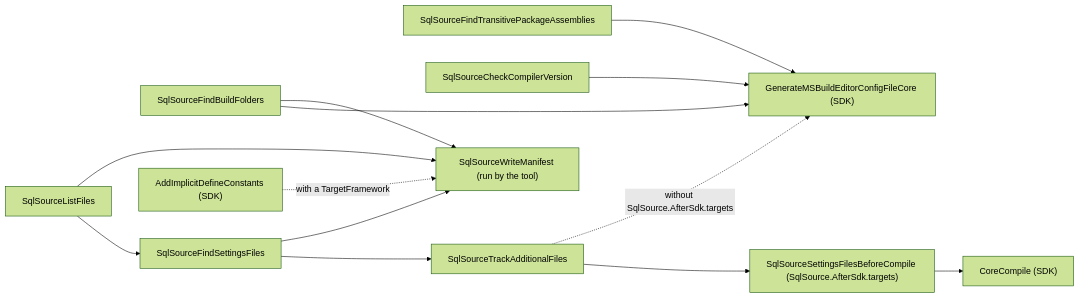
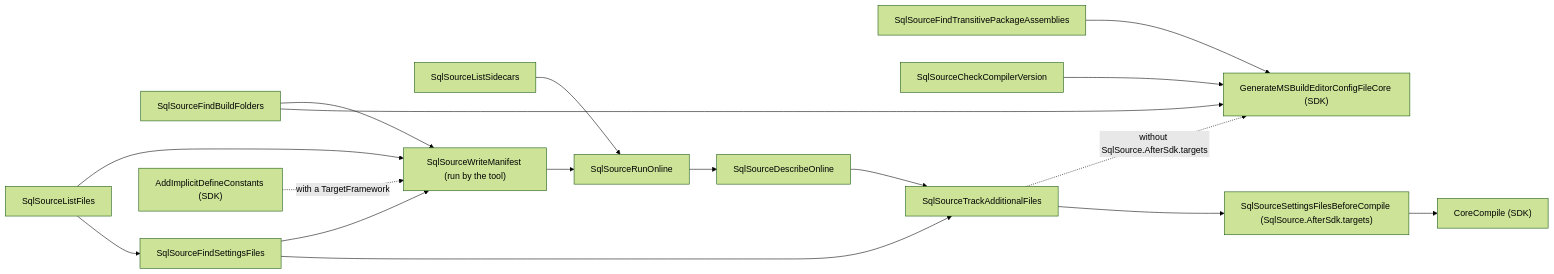
Before and after one commit to mbcrawfo/SqlSource: the diagram in docs/architecture/msbuild-and-manifest.md, drawn with Mermaid (forest theme). The commit also changed other lines of this file and 18 other files, not shown here.

````diff
--- a/docs/architecture/msbuild-and-manifest.md
+++ b/docs/architecture/msbuild-and-manifest.md
@@ -20,15 +20,19 @@
 ```mermaid
 flowchart LR
     folders["SqlSourceFindBuildFolders"] --> sdk["GenerateMSBuildEditorConfigFileCore (SDK)"]
     packages["SqlSourceFindTransitivePackageAssemblies"] --> sdk
     compiler["SqlSourceCheckCompilerVersion"] --> sdk
     list["SqlSourceListFiles"] --> find["SqlSourceFindSettingsFiles"]
     find --> track["SqlSourceTrackAdditionalFiles"]
+    describe["SqlSourceDescribeOnline"] --> track
+    run["SqlSourceRunOnline"] --> describe
+    sidecars["SqlSourceListSidecars"] --> run
+    manifest --> run
     track --> late["SqlSourceSettingsFilesBeforeCompile (SqlSource.AfterSdk.targets)"]
     late --> compile["CoreCompile (SDK)"]
     track -.->|"without SqlSource.AfterSdk.targets"| sdk
     list --> manifest["SqlSourceWriteManifest (run by the tool)"]
     find --> manifest
     folders --> manifest
     defines["AddImplicitDefineConstants (SDK)"] -.->|"with a TargetFramework"| manifest
 ```
````
